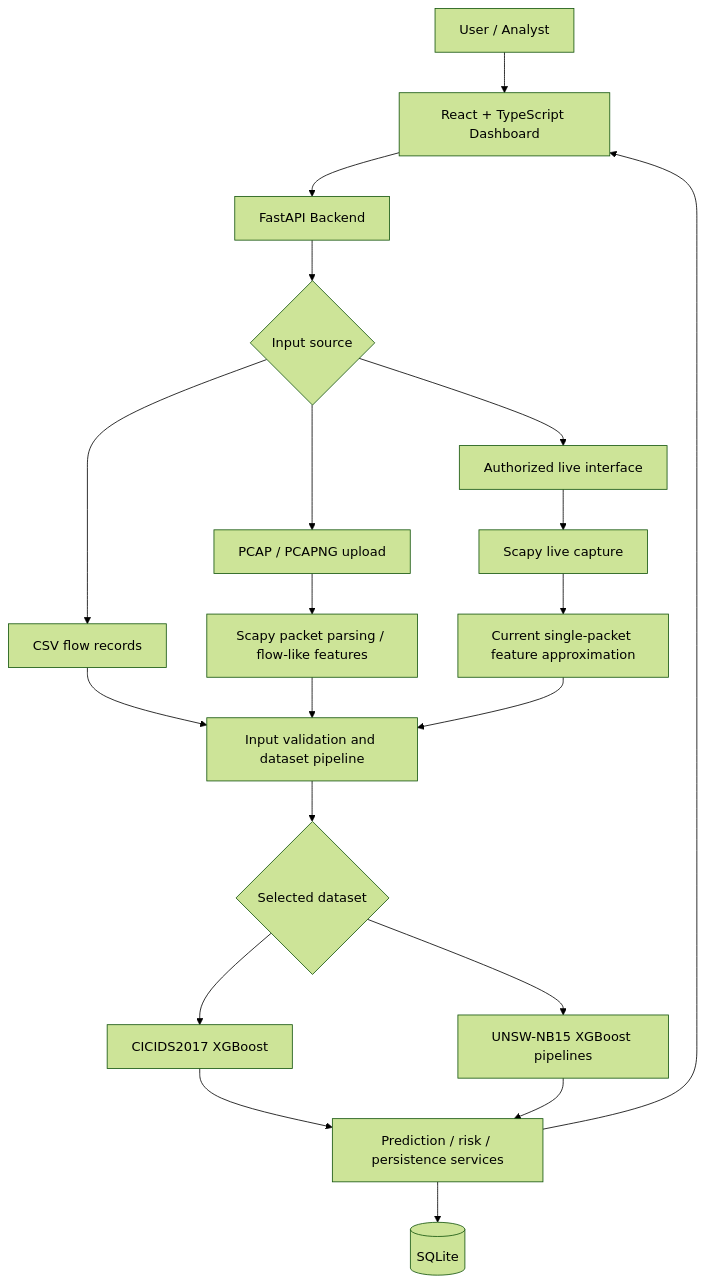
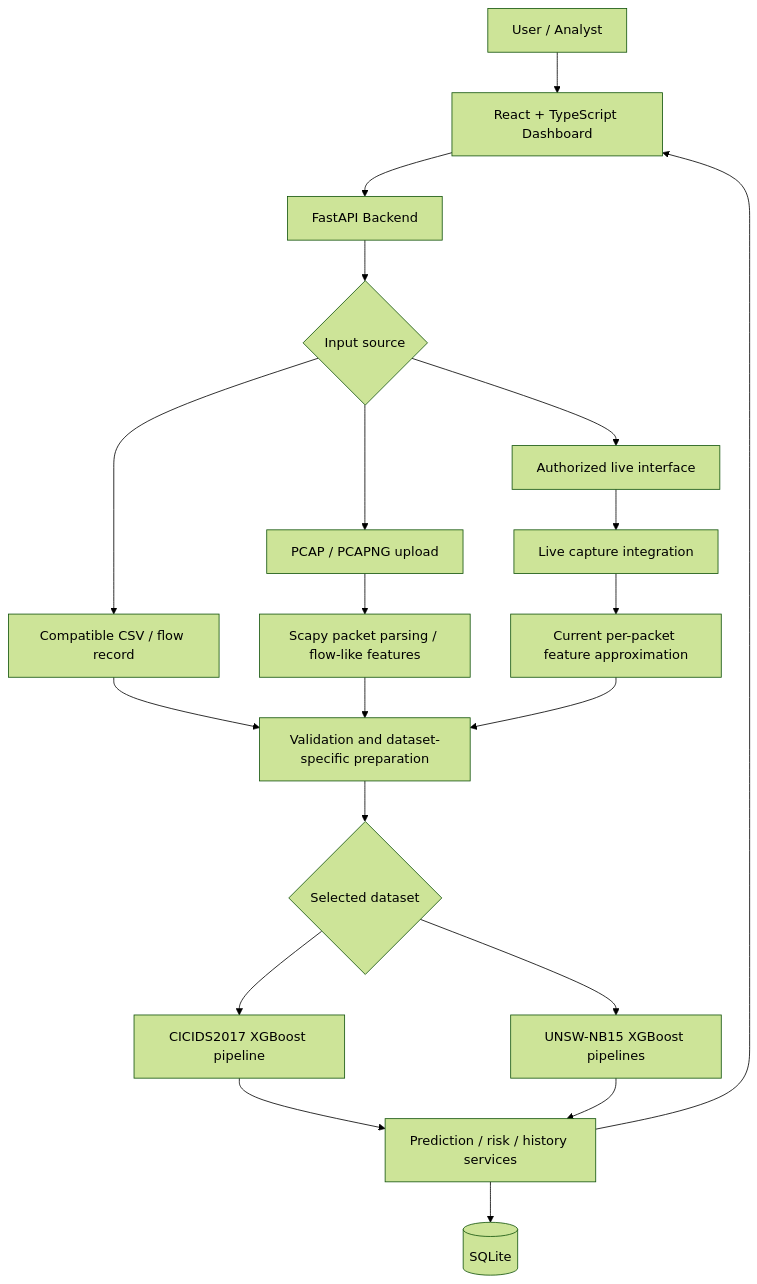
The diagram in README.md (jainamdavda1-pixel/ML-Based-Cyber-Attack-Analysis-Prediction-and-Early-Warning-System), drawn with Mermaid (forest theme) before and after one commit. The commit also changed other lines of this file, not shown here.

````diff
--- a/README.md
+++ b/README.md
@@ -86,22 +793,22 @@
-```mermaid
+``` mermaid
 flowchart TD
     U[User / Analyst] --> FE[React + TypeScript Dashboard]
     FE --> API[FastAPI Backend]
     API --> INPUT{Input source}
-    INPUT --> CSV[CSV flow records]
+    INPUT --> CSV[Compatible CSV / flow record]
     INPUT --> PCAP[PCAP / PCAPNG upload]
     INPUT --> LIVE[Authorized live interface]
-    CSV --> VALIDATE[Input validation and dataset pipeline]
+    CSV --> PREP[Validation and dataset-specific preparation]
     PCAP --> PARSE[Scapy packet parsing / flow-like features]
-    LIVE --> CAPTURE[Scapy live capture]
-    PARSE --> VALIDATE
-    CAPTURE --> APPROX[Current single-packet feature approximation]
-    APPROX --> VALIDATE
-    VALIDATE --> MODEL{Selected dataset}
-    MODEL --> CICIDS[CICIDS2017 XGBoost]
-    MODEL --> UNSW[UNSW-NB15 XGBoost pipelines]
-    CICIDS --> RESULT[Prediction / risk / persistence services]
-    UNSW --> RESULT
-    RESULT --> DB[(SQLite)]
-    RESULT --> FE
+    LIVE --> CAP[Live capture integration]
+    PARSE --> PREP
+    CAP --> APPROX[Current per-packet feature approximation]
+    APPROX --> PREP
+    PREP --> CHOOSE{Selected dataset}
+    CHOOSE --> C[CICIDS2017 XGBoost pipeline]
+    CHOOSE --> N[UNSW-NB15 XGBoost pipelines]
+    C --> OUT[Prediction / risk / history services]
+    N --> OUT
+    OUT --> DB[(SQLite)]
+    OUT --> FE
 ```
````
